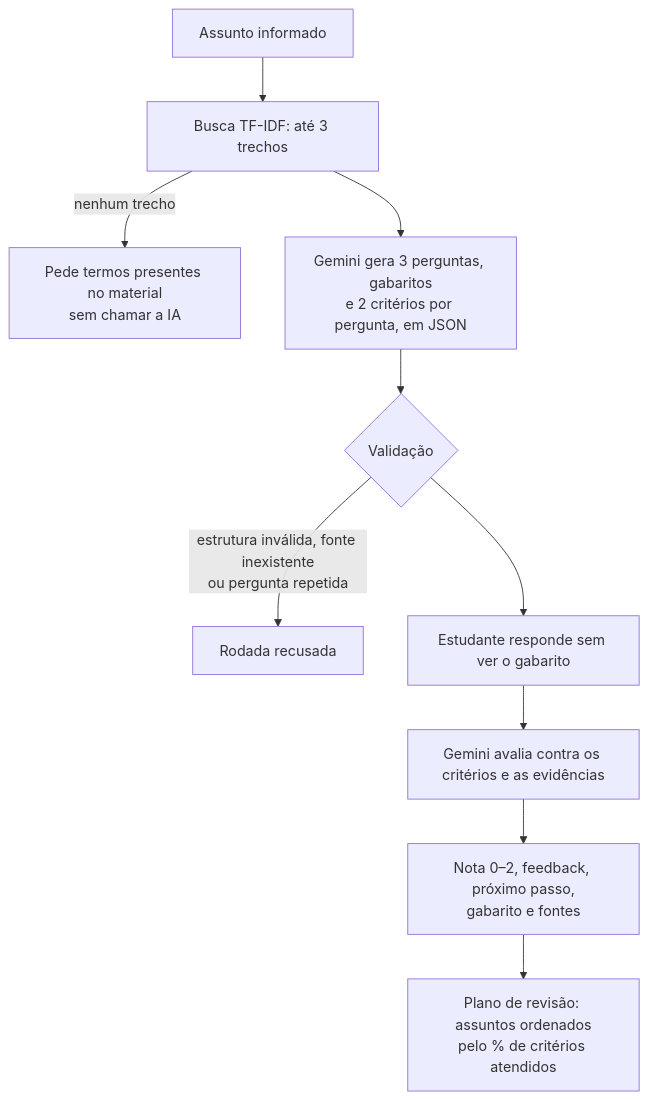
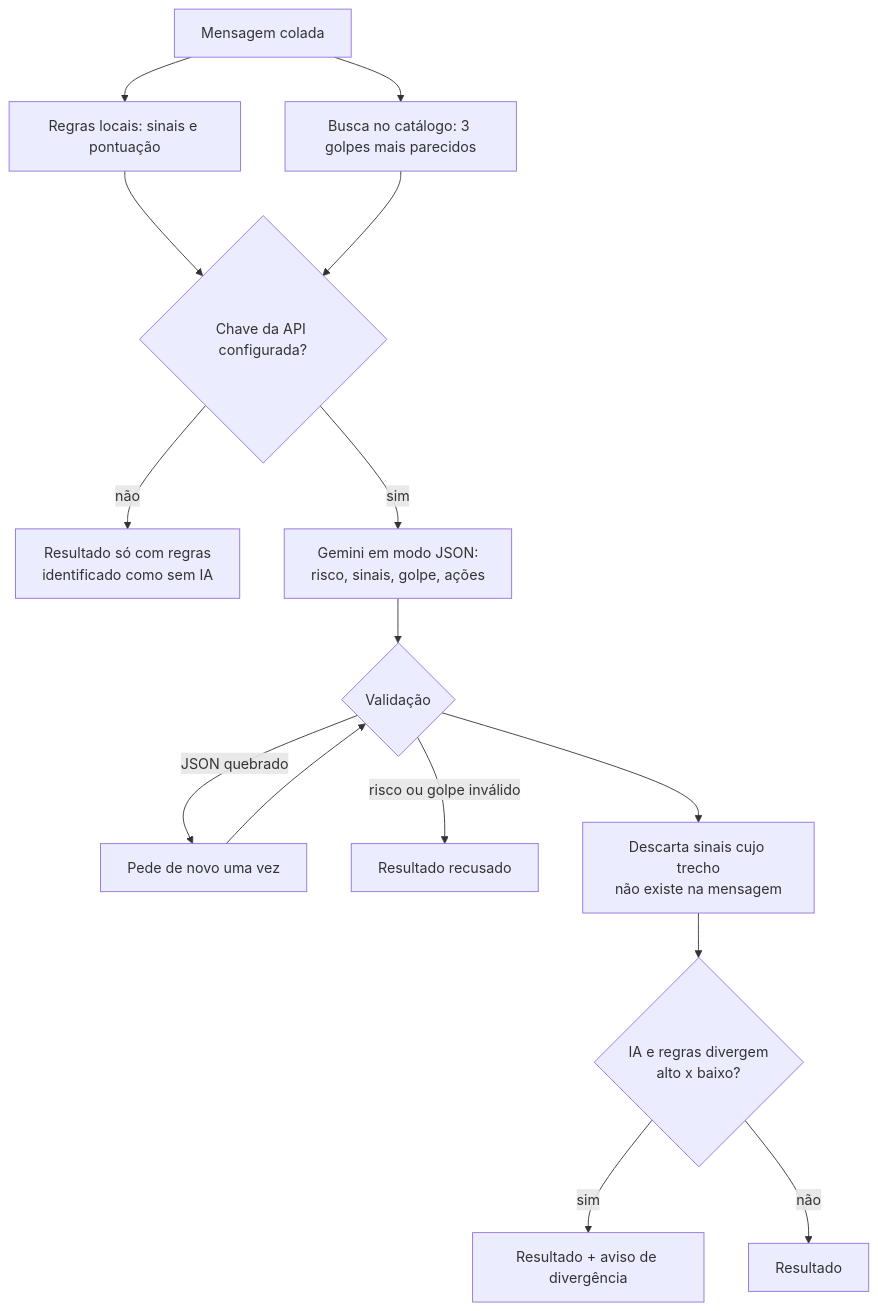
One commit to gustavohleao/alertagolpe changed the third of 3 diagrams in docs/RELATORIO.md. Above: the diagram before and after it, drawn with Mermaid. The commit also changed other lines of this file and 49 other files, not shown here.

First line of the commit message:
Troca o projeto para o AlertaGolpe, detector de golpes em mensagens

````diff
--- a/docs/RELATORIO.md
+++ b/docs/RELATORIO.md
@@ -161,12 +169,17 @@
 ```mermaid
 flowchart TD
-    A[Assunto informado] --> B[Busca TF-IDF: até 3 trechos]
-    B -->|nenhum trecho| X[Pede termos presentes no material<br/>sem chamar a IA]
-    B --> C[Gemini gera 3 perguntas, gabaritos<br/>e 2 critérios por pergunta, em JSON]
-    C --> D{Validação}
-    D -->|estrutura inválida, fonte inexistente<br/>ou pergunta repetida| Y[Rodada recusada]
-    D --> E[Estudante responde sem ver o gabarito]
-    E --> F[Gemini avalia contra os critérios e as evidências]
-    F --> G[Nota 0–2, feedback, próximo passo,<br/>gabarito e fontes]
-    G --> H[Plano de revisão: assuntos ordenados<br/>pelo % de critérios atendidos]
+    A[Mensagem colada] --> B[Regras locais: sinais e pontuação]
+    A --> C[Busca no catálogo: 3 golpes mais parecidos]
+    B --> D{Chave da API configurada?}
+    C --> D
+    D -->|não| E[Resultado só com regras<br/>identificado como sem IA]
+    D -->|sim| F[Gemini em modo JSON:<br/>risco, sinais, golpe, ações]
+    F --> G{Validação}
+    G -->|JSON quebrado| H[Pede de novo uma vez]
+    H --> G
+    G -->|risco ou golpe inválido| X[Resultado recusado]
+    G --> I[Descarta sinais cujo trecho<br/>não existe na mensagem]
+    I --> J{IA e regras divergem<br/>alto x baixo?}
+    J -->|sim| K[Resultado + aviso de divergência]
+    J -->|não| L[Resultado]
 ```
````
